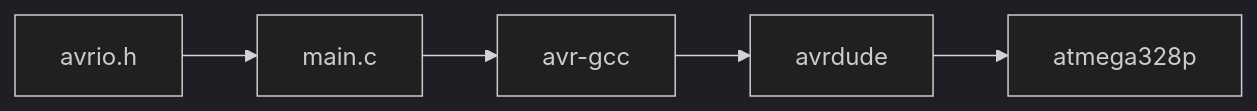
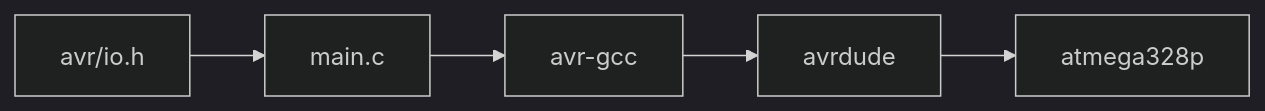
Before and after one commit to lumagician/low-level-avr: the diagram in README.md, drawn with Mermaid (dark theme).

````diff
--- a/README.md
+++ b/README.md
@@ -4,7 +4,7 @@
 ```mermaid
     graph LR;
     main.c --> avr-gcc;
-    avrio.h --> main.c;
+    avr/io.h --> main.c;
     avr-gcc --> avrdude;
     avrdude --> atmega328p;
 ```
````
